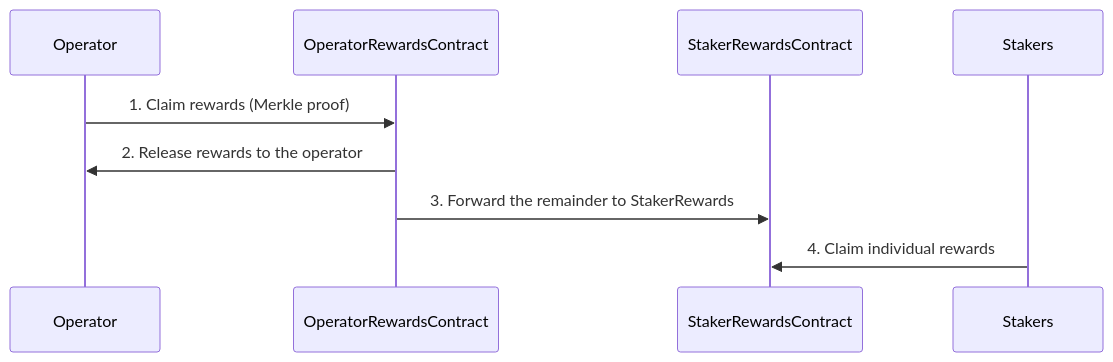
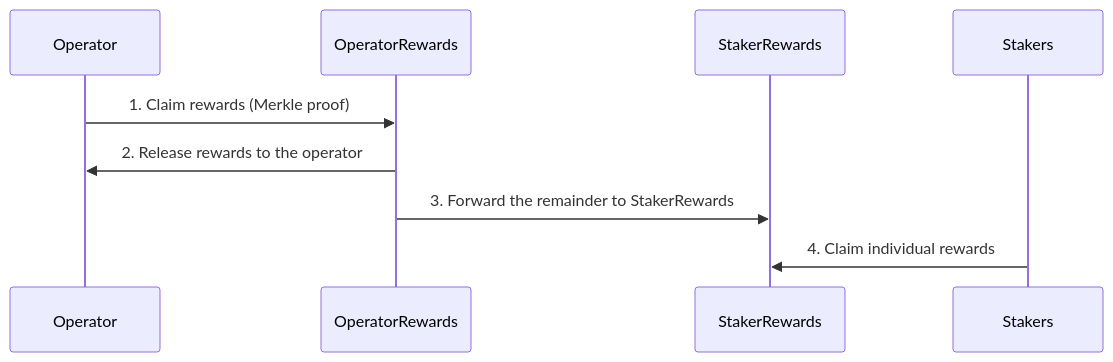
Before and after one commit to moondance-labs/tanssi-docs: the fourth of 5 diagrams in learn/tanssi/external-security-providers/symbiotic.md, drawn with Mermaid. The commit also changed other lines of this file, not shown here.

````diff
--- a/learn/tanssi/external-security-providers/symbiotic.md
+++ b/learn/tanssi/external-security-providers/symbiotic.md
@@ -157,12 +157,12 @@
 ```mermaid
 sequenceDiagram
  participant Operator
- participant OperatorRewardsContract
- participant StakerRewardsContract
+ participant OperatorRewards
+ participant StakerRewards
  participant Stakers
 
- Operator->>OperatorRewardsContract: 1. Claim rewards (Merkle proof)
- OperatorRewardsContract->>Operator: 2. Release rewards to the operator
- OperatorRewardsContract->>StakerRewardsContract: 3. Forward the remainder to StakerRewards
- Stakers->>StakerRewardsContract: 4. Claim individual rewards
+ Operator->>OperatorRewards: 1. Claim rewards (Merkle proof)
+ OperatorRewards->>Operator: 2. Release rewards to the operator
+ OperatorRewards->>StakerRewards: 3. Forward the remainder to StakerRewards
+ Stakers->>StakerRewards: 4. Claim individual rewards
 ```
````
